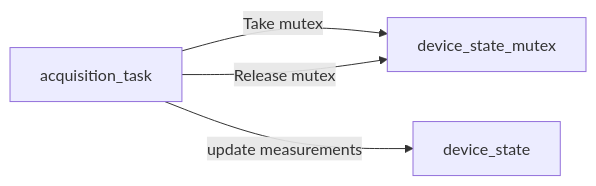
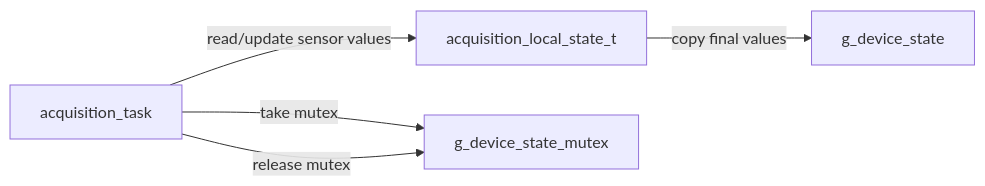
The fourth of 4 diagrams in README.md (SimoPela/electrical_outlet_IOT), drawn with Mermaid before and after one commit. The commit also changed other lines of this file and 4 other files, not shown here.

````diff
--- a/README.md
+++ b/README.md
@@ -706,13 +718,13 @@
 ```mermaid
 flowchart LR
 
 A[acquisition_task]
+L[acquisition_local_state_t]
+M[g_device_state_mutex]
+S[g_device_state]
 
-S[device_state]
-
-M[device_state_mutex]
-
-A -->|Take mutex| M
-A -->|update measurements| S
-A -->|Release mutex| M
+A -->|read/update sensor values| L
+A -->|take mutex| M
+L -->|copy final values| S
+A -->|release mutex| M
 ```
````
